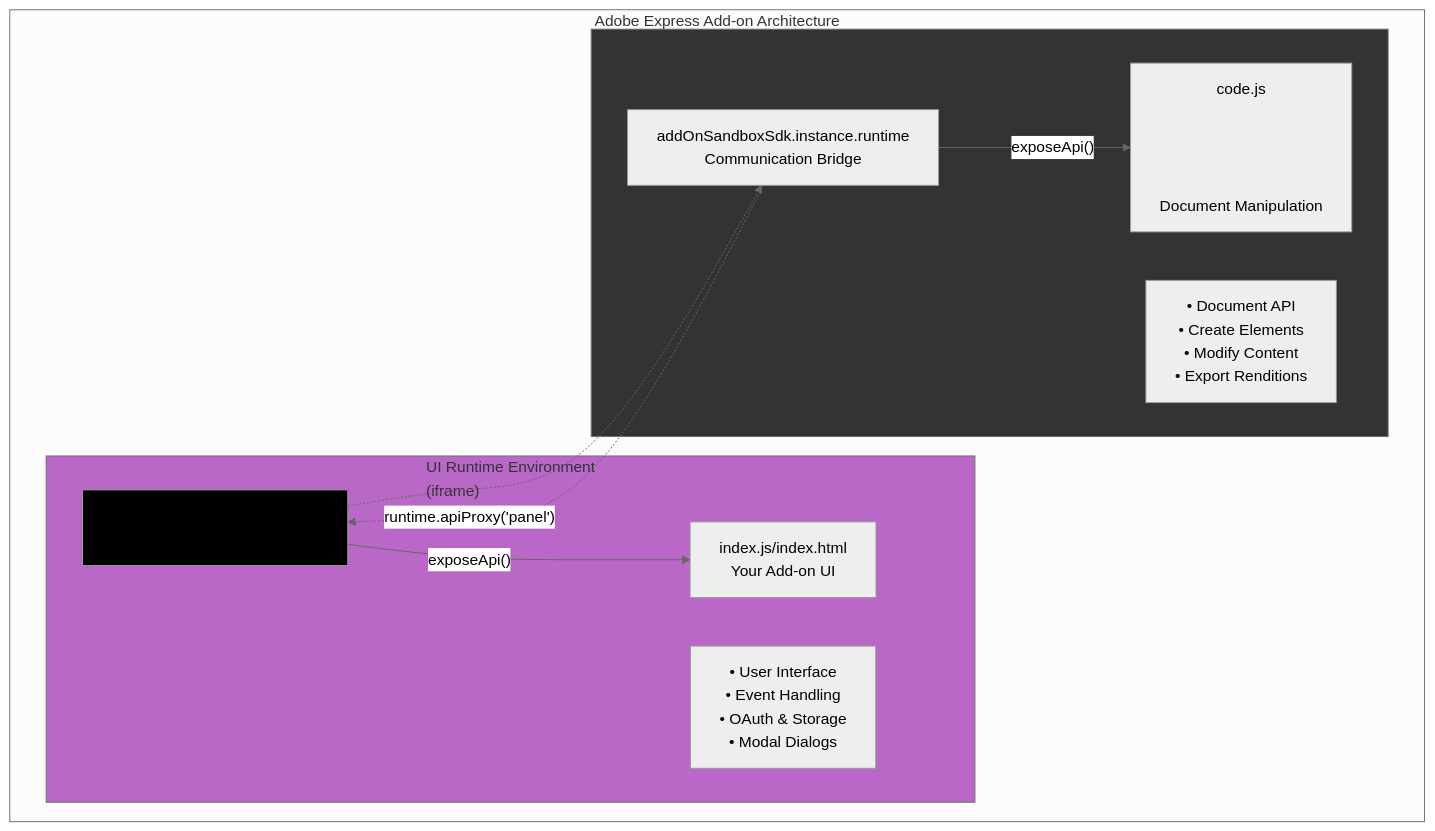
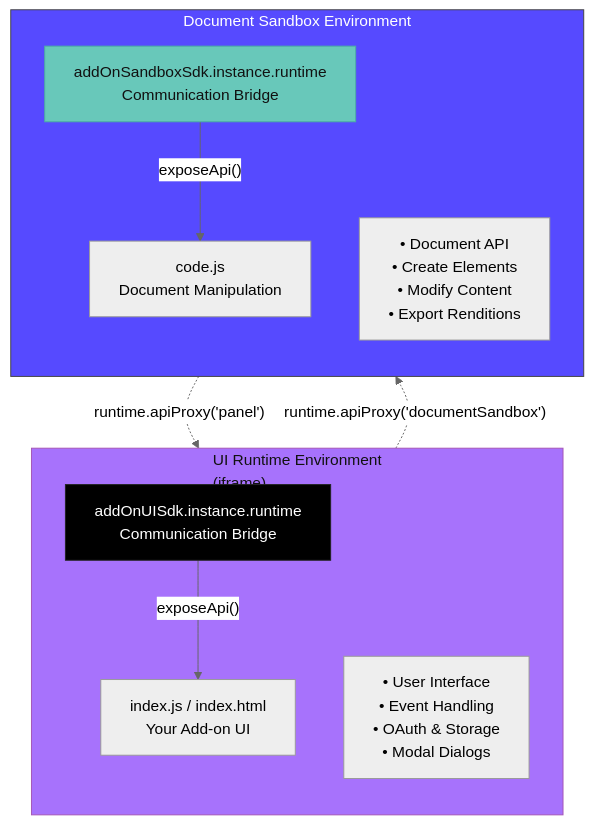
One commit to AdobeDocs/express-add-ons-docs changed the diagram in src/pages/guides/learn/platform_concepts/runtime-architecture.md. Above: the diagram before and after it, drawn with Mermaid (neutral theme).

````diff
--- a/src/pages/guides/learn/platform_concepts/runtime-architecture.md
+++ b/src/pages/guides/learn/platform_concepts/runtime-architecture.md
@@ -38,28 +38,26 @@
 ```mermaid
-graph TB
-    subgraph "Adobe Express Add-on Architecture"
-        
-        subgraph UI["UI Runtime Environment<br/>(iframe)<br/>"]
-            UICode["index.js/index.html<br/>Your Add-on UI"]
-            UIRuntime["addOnUISdk.instance.runtime<br/>Communication Bridge"]
-            UIFeatures["• User Interface<br/>• Event Handling<br/>• OAuth & Storage<br/>• Modal Dialogs<br/>"]
-        end
-        
-        subgraph Sandbox["Document Sandbox Environment<br/>(Secure JavaScript Context)<br/>"]
-            SandboxCode["code.js<br/><br/><br/><br/><br/>Document Manipulation"]
-            SandboxRuntime["addOnSandboxSdk.instance.runtime<br/>Communication Bridge"]
-            SandboxFeatures["• Document API<br/>• Create Elements<br/>• Modify Content<br/>• Export Renditions<br/>"]
-        end
-        
-        UIRuntime -.->|"<runtime.apiProxy('documentSandbox')<br/>"| SandboxRuntime
-        SandboxRuntime -.->|"runtime.apiProxy('panel')<br/>"| UIRuntime
-        
-        UIRuntime -->|"exposeApi()"| UICode
-        SandboxRuntime -->|"exposeApi()"| SandboxCode
-    end
-    
-    style UI fill:#ba68c8
-    style Sandbox fill:#333333
-    style UIRuntime fill:#000000
-    style SandboxRuntime fill:##68c8ba
+flowchart TB
+  subgraph UI["UI Runtime Environment<br/>(iframe)"]
+    direction TB
+    UICode["index.js / index.html<br/>Your Add-on UI"]
+    UIFeatures["• User Interface<br/>• Event Handling<br/>• OAuth & Storage<br/>• Modal Dialogs"]
+    UIRuntime["addOnUISdk.instance.runtime<br/>Communication Bridge"]
+  end
+
+  subgraph Sandbox["Document Sandbox Environment<br/>"]
+    direction TB
+    SandboxCode["code.js<br/>Document Manipulation"]
+    SandboxFeatures["• Document API<br/>• Create Elements<br/>• Modify Content<br/>• Export Renditions"]
+    SandboxRuntime["addOnSandboxSdk.instance.runtime<br/>Communication Bridge"]
+  end
+
+  UIRuntime -.->|" runtime.apiProxy('documentSandbox') "| SandboxRuntime
+  SandboxRuntime -.->|" runtime.apiProxy('panel') "| UIRuntime
+  UIRuntime -->|" exposeApi() "| UICode
+  SandboxRuntime -->|" exposeApi() "| SandboxCode
+
+  style UI fill:#a772fc,stroke:#a455b6,color:#111
+  style Sandbox fill:#564aff,stroke:#444444,color:#ffffff
+  style UIRuntime fill:#000,stroke:#222222,color:#ffffff
+  style SandboxRuntime fill:#68c8ba,stroke:#4baea2,color:#111
 ```
````
